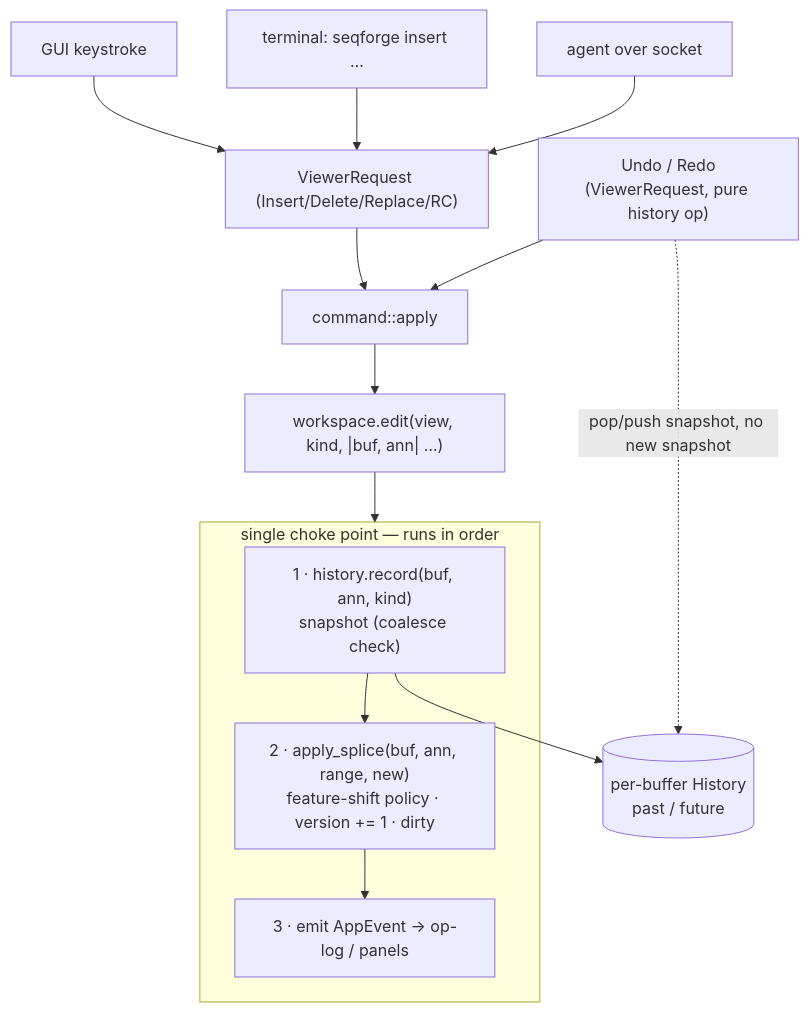
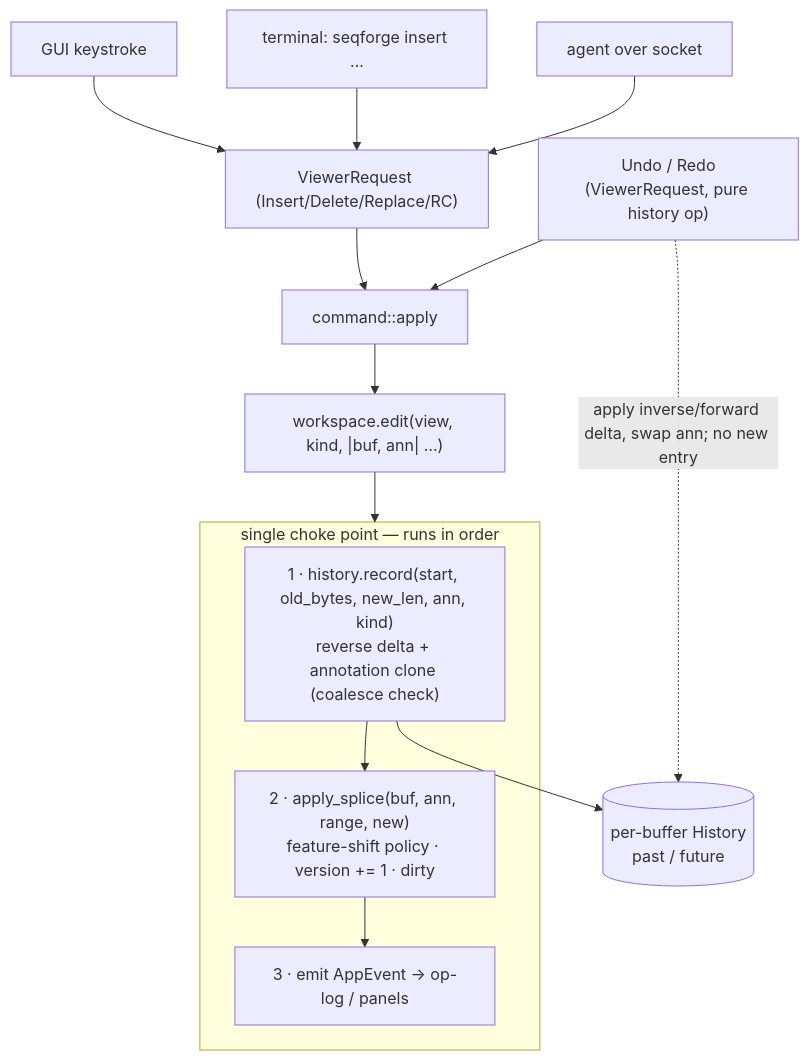
The first of 2 diagrams in plans/editor.md (cmoscy/seqforge), drawn with Mermaid before and after one commit. The commit also changed other lines of this file and 1 other file, not shown here.

First line of the commit message:
docs(editor): Phase 11 history design — text reverse-delta + annotation snapshot

````diff
--- a/plans/editor.md
+++ b/plans/editor.md
@@ -156,18 +166,18 @@
 ```mermaid
 flowchart TD
     k[GUI keystroke] --> req
     t["terminal: seqforge insert …"] --> req
     a[agent over socket] --> req
     req["ViewerRequest (Insert/Delete/Replace/RC)"] --> apply["command::apply"]
     apply --> edit["workspace.edit(view, kind, |buf, ann| …)"]
     subgraph choke["single choke point — runs in order"]
-        s1["1 · history.record(buf, ann, kind)<br/>snapshot (coalesce check)"]
+        s1["1 · history.record(start, old_bytes, new_len, ann, kind)<br/>reverse delta + annotation clone (coalesce check)"]
         s2["2 · apply_splice(buf, ann, range, new)<br/>feature-shift policy · version += 1 · dirty"]
         s3["3 · emit AppEvent → op-log / panels"]
         s1 --> s2 --> s3
     end
     edit --> choke
     undo["Undo / Redo<br/>(ViewerRequest, pure history op)"] --> apply
-    undo -.->|pop/push snapshot, no new snapshot| hist[("per-buffer History<br/>past / future")]
+    undo -.->|apply inverse/forward delta, swap ann; no new entry| hist[("per-buffer History<br/>past / future")]
     s1 --> hist
 ```
````
